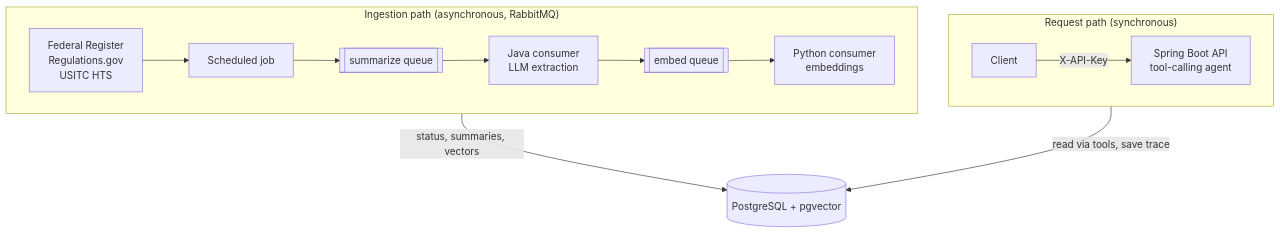
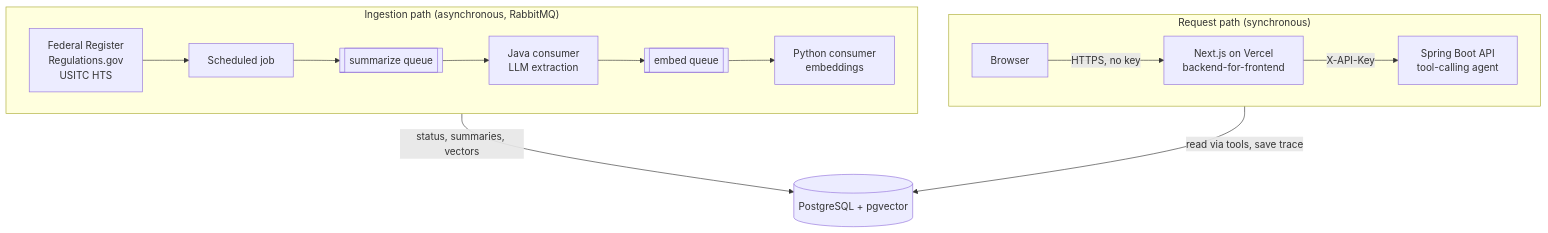
Before and after one commit to el010303/ingredient-market-intelligence-agent: the diagram in README.md, drawn with Mermaid. The commit also changed other lines of this file and 1 other file, not shown here.

Commit message:
README: live demo link, dashboard section, BFF architecture; KNOWN_ISSUES: dashboard shipped, HTTPS now top priority

````diff
--- a/README.md
+++ b/README.md
@@ -68,17 +71,17 @@
 ```mermaid
 flowchart TB
     subgraph sync["Request path (synchronous)"]
         direction LR
-        C[Client] -- "X-API-Key" --> A["Spring Boot API<br/>tool-calling agent"]
+        B[Browser] -- "HTTPS, no key" --> V["Next.js on Vercel<br/>backend-for-frontend"] -- "X-API-Key" --> A["Spring Boot API<br/>tool-calling agent"]
     end
 
     subgraph async["Ingestion path (asynchronous, RabbitMQ)"]
         direction LR
         FR["Federal Register<br/>Regulations.gov<br/>USITC HTS"] --> J[Scheduled job] --> Q1[["summarize queue"]] --> S["Java consumer<br/>LLM extraction"] --> Q2[["embed queue"]] --> E["Python consumer<br/>embeddings"]
     end
 
     DB[("PostgreSQL + pgvector")]
 
     A -- "read via tools, save trace" --> DB
     async -- "status, summaries, vectors" --> DB
 ```
````
